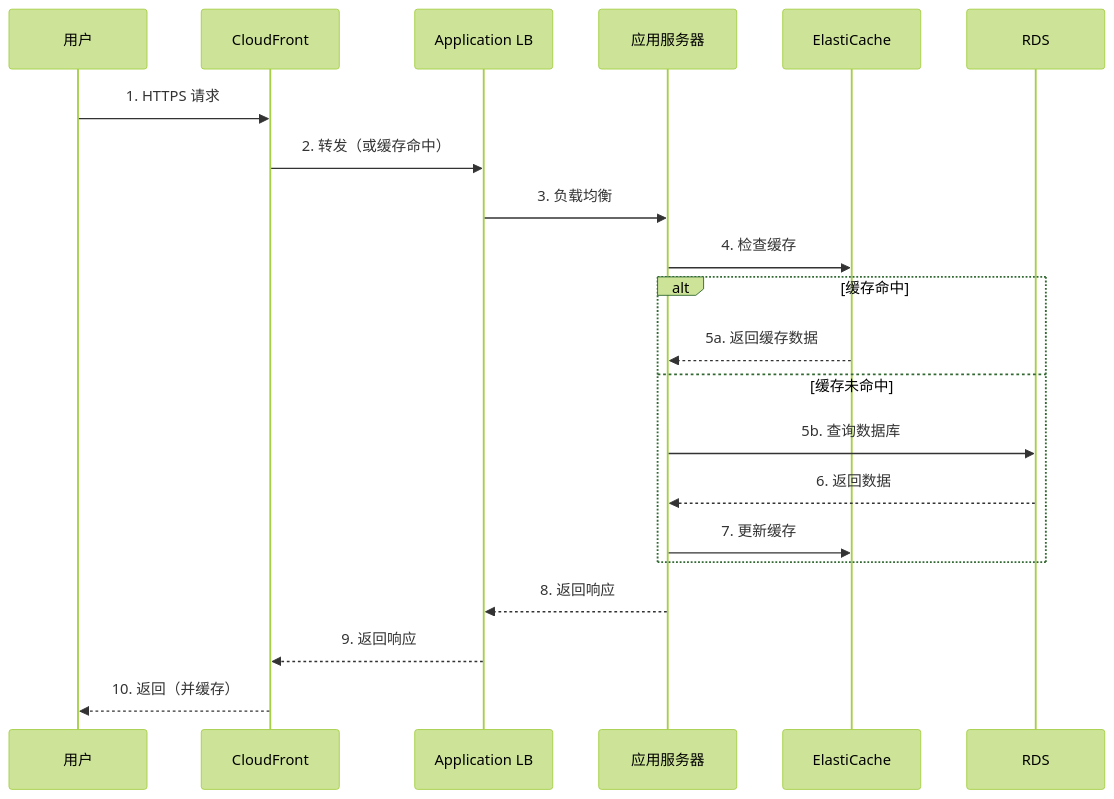
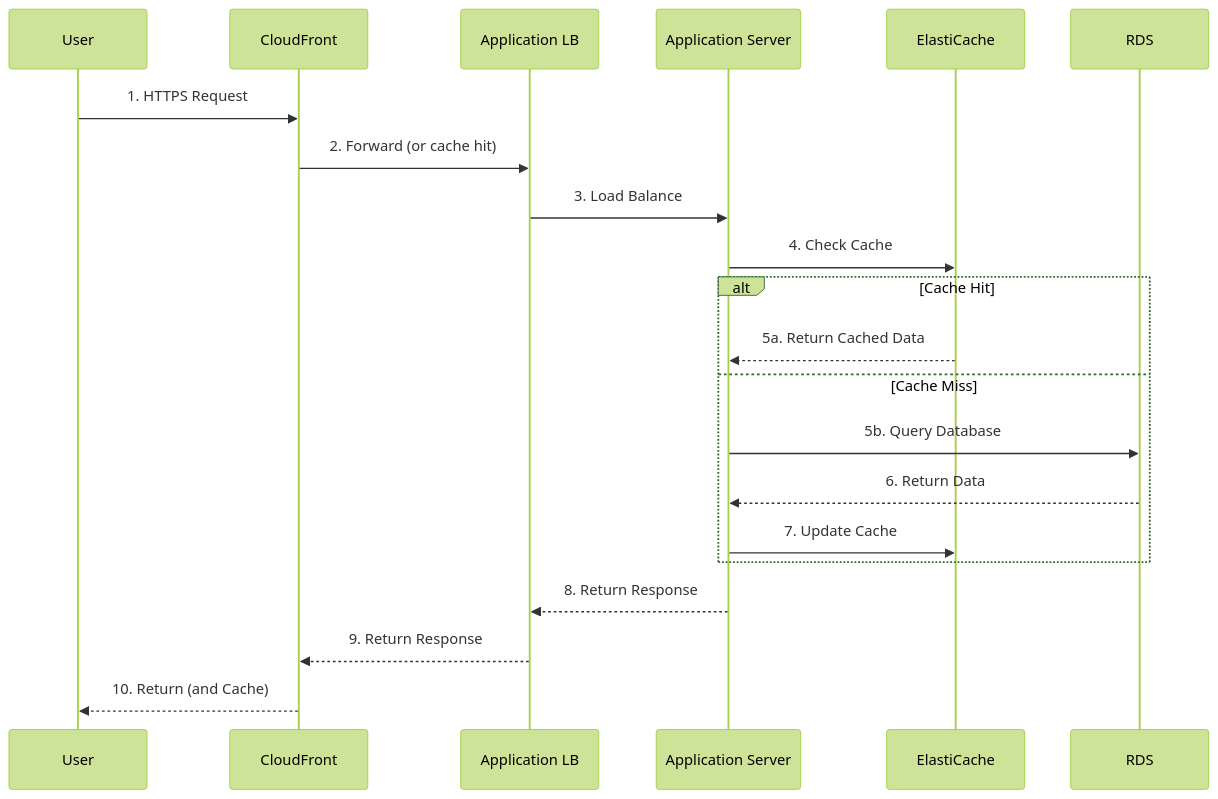
One commit to RadiumGu/sample-aws-resilience-skill changed the third of 5 diagrams in aws-resilience-modeling/assets/example-report-template.md. Above: the diagram before and after it, drawn with Mermaid (forest theme). The commit also changed other lines of this file and 50 other files, not shown here.

````diff
--- a/aws-resilience-modeling/assets/example-report-template.md
+++ b/aws-resilience-modeling/assets/example-report-template.md
@@ -168,24 +168,24 @@
 ```mermaid
 sequenceDiagram
-    participant User as 用户
+    participant User as User
     participant CF as CloudFront
     participant ALB as Application LB
-    participant App as 应用服务器
+    participant App as Application Server
     participant Cache as ElastiCache
     participant DB as RDS
 
-    User->>CF: 1. HTTPS 请求
-    CF->>ALB: 2. 转发（或缓存命中）
-    ALB->>App: 3. 负载均衡
-    App->>Cache: 4. 检查缓存
-    alt 缓存命中
-        Cache-->>App: 5a. 返回缓存数据
-    else 缓存未命中
-        App->>DB: 5b. 查询数据库
-        DB-->>App: 6. 返回数据
-        App->>Cache: 7. 更新缓存
+    User->>CF: 1. HTTPS Request
+    CF->>ALB: 2. Forward (or cache hit)
+    ALB->>App: 3. Load Balance
+    App->>Cache: 4. Check Cache
+    alt Cache Hit
+        Cache-->>App: 5a. Return Cached Data
+    else Cache Miss
+        App->>DB: 5b. Query Database
+        DB-->>App: 6. Return Data
+        App->>Cache: 7. Update Cache
     end
-    App-->>ALB: 8. 返回响应
-    ALB-->>CF: 9. 返回响应
-    CF-->>User: 10. 返回（并缓存）
+    App-->>ALB: 8. Return Response
+    ALB-->>CF: 9. Return Response
+    CF-->>User: 10. Return (and Cache)
 ```
````
